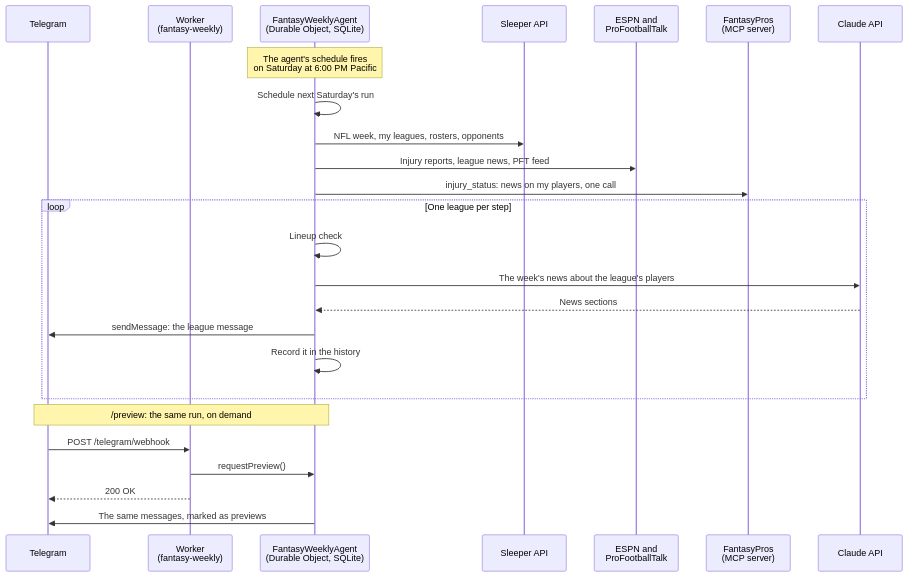
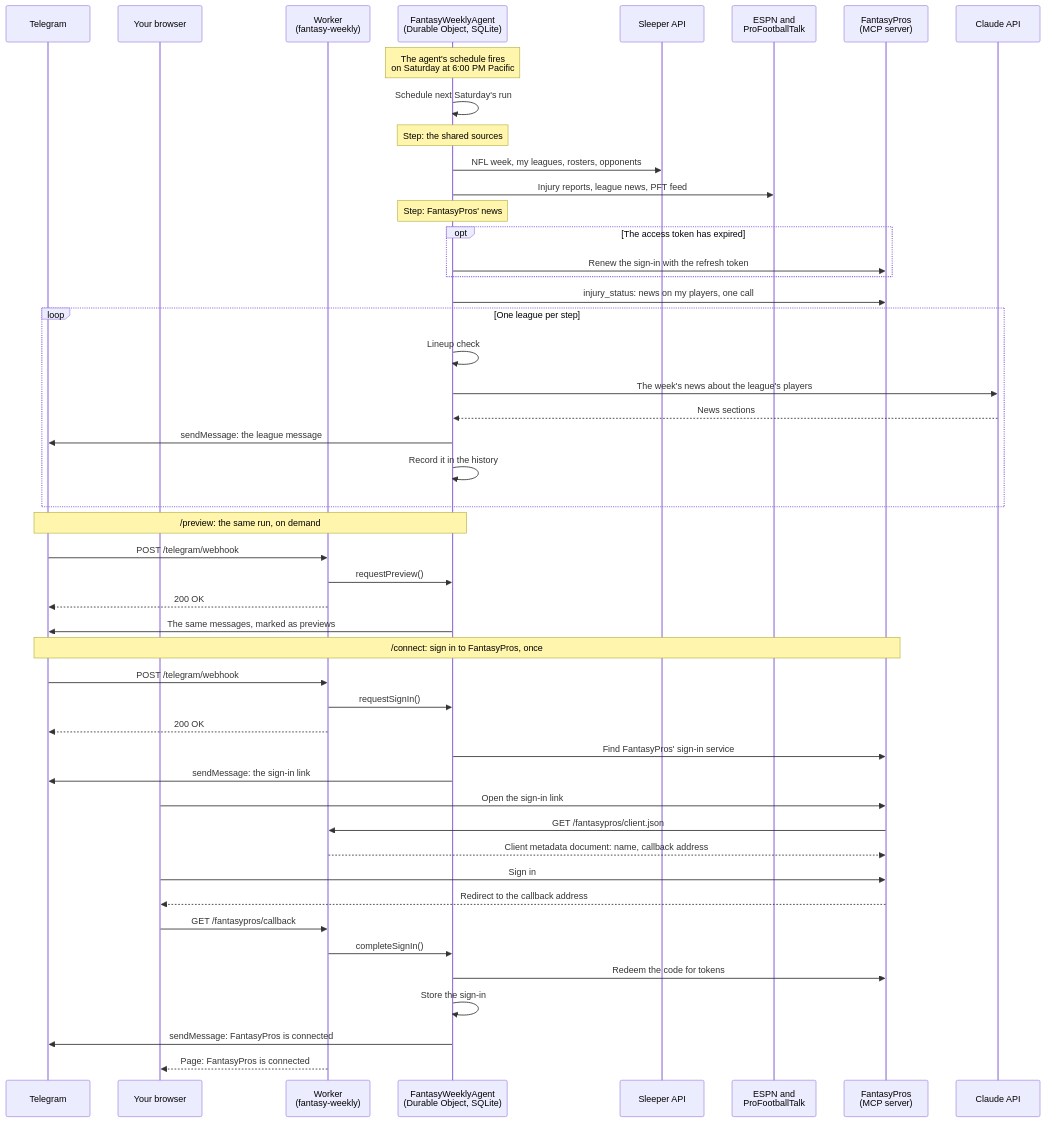
One commit to 2myat9/fantasy-weekly changed the diagram in README.md. Above: the diagram before and after it, drawn with Mermaid. The commit also changed other lines of this file, not shown here.

Commit message:
Show the /connect sign-in in the README's diagram
The diagram now shows /connect: the sign-in link, FantasyPros reading
the client metadata document from the Worker, and the callback that
stores the sign-in. The scheduled run is marked step by step, with the
renewal of an expired access token before the call to injury_status.

````diff
--- a/README.md
+++ b/README.md
@@ -68,29 +68,53 @@
 ```mermaid
 sequenceDiagram
   participant TG as Telegram
+  participant B as Your browser
   participant W as Worker<br/>(fantasy-weekly)
   participant A as FantasyWeeklyAgent<br/>(Durable Object, SQLite)
   participant S as Sleeper API
   participant N as ESPN and<br/>ProFootballTalk
   participant F as FantasyPros<br/>(MCP server)
   participant C as Claude API
 
   Note over A: The agent's schedule fires<br/>on Saturday at 6:00 PM Pacific
   A->>A: Schedule next Saturday's run
+  Note over A: Step: the shared sources
   A->>S: NFL week, my leagues, rosters, opponents
   A->>N: Injury reports, league news, PFT feed
+  Note over A: Step: FantasyPros' news
+  opt The access token has expired
+    A->>F: Renew the sign-in with the refresh token
+  end
   A->>F: injury_status: news on my players, one call
   loop One league per step
     A->>A: Lineup check
     A->>C: The week's news about the league's players
     C-->>A: News sections
     A->>TG: sendMessage: the league message
     A->>A: Record it in the history
   end
 
   Note over TG,A: /preview: the same run, on demand
   TG->>W: POST /telegram/webhook
   W->>A: requestPreview()
   W-->>TG: 200 OK
   A->>TG: The same messages, marked as previews
+
+  Note over TG,F: /connect: sign in to FantasyPros, once
+  TG->>W: POST /telegram/webhook
+  W->>A: requestSignIn()
+  W-->>TG: 200 OK
+  A->>F: Find FantasyPros' sign-in service
+  A->>TG: sendMessage: the sign-in link
+  B->>F: Open the sign-in link
+  F->>W: GET /fantasypros/client.json
+  W-->>F: Client metadata document: name, callback address
+  B->>F: Sign in
+  F-->>B: Redirect to the callback address
+  B->>W: GET /fantasypros/callback
+  W->>A: completeSignIn()
+  A->>F: Redeem the code for tokens
+  A->>A: Store the sign-in
+  A->>TG: sendMessage: FantasyPros is connected
+  W-->>B: Page: FantasyPros is connected
 ```
````
